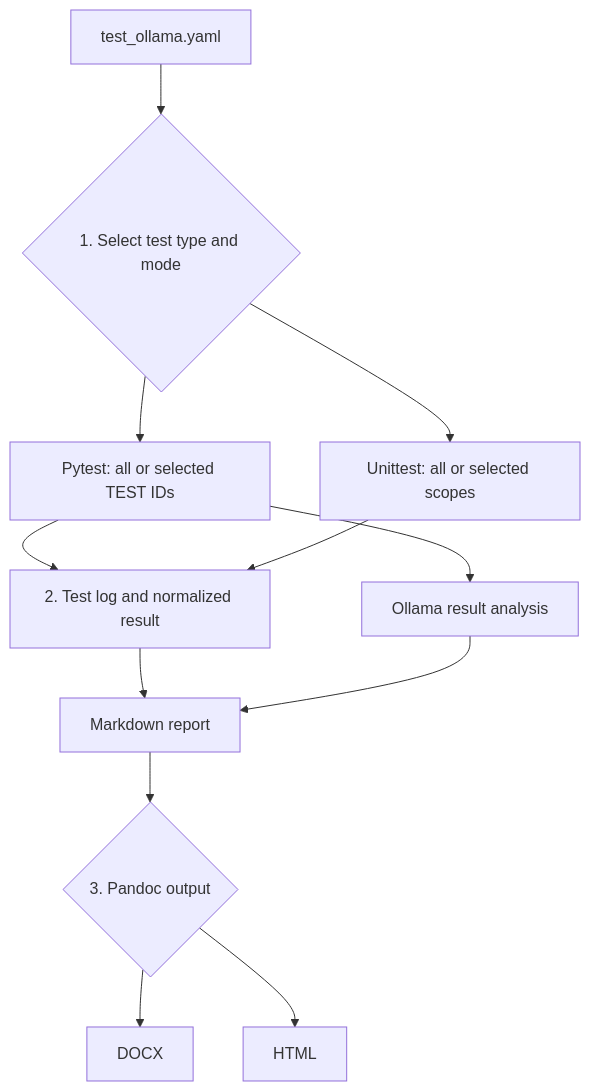
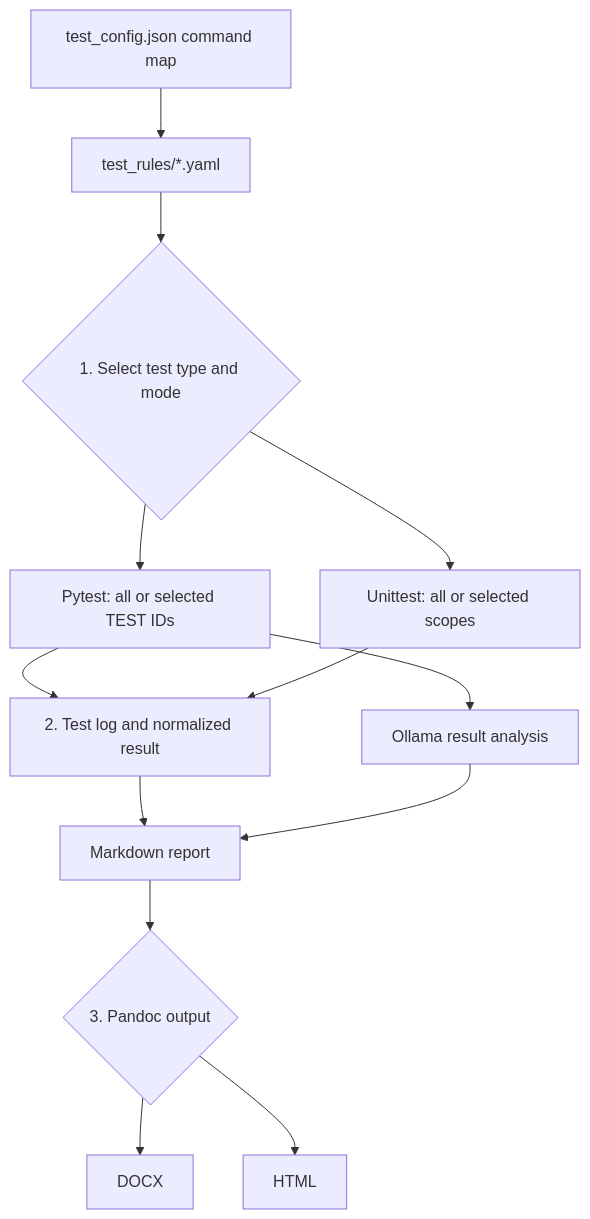
The fifth of 6 diagrams in docs/index.md (JeonghunLee/AI-driven-CI-CT), drawn with Mermaid before and after one commit. The commit also changed other lines of this file and 12 other files, not shown here.

Commit message:
feat: update Ollama test configuration and integrate new test rules

````diff
--- a/docs/index.md
+++ b/docs/index.md
@@ -206,14 +206,15 @@
 ```mermaid
 flowchart TD
-    PLAN[test_ollama.yaml] --> SELECT{1. Select test type and mode}
+    CONFIG[test_config.json command map] --> PLAN[test_rules/*.yaml]
+    PLAN --> SELECT{1. Select test type and mode}
     SELECT --> PYTEST[Pytest: all or selected TEST IDs]
     SELECT --> UNITTEST[Unittest: all or selected scopes]
     PYTEST --> LOG[2. Test log and normalized result]
     UNITTEST --> LOG
     LOG --> MARKDOWN[Markdown report]
     MARKDOWN --> FORMAT{3. Pandoc output}
     FORMAT --> DOCX[DOCX]
     FORMAT --> HTML[HTML]
     PYTEST --> OLLAMA[Ollama result analysis]
     OLLAMA --> MARKDOWN
 ```
````
